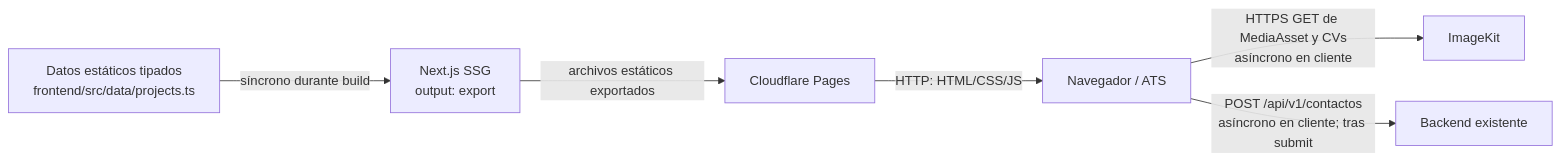
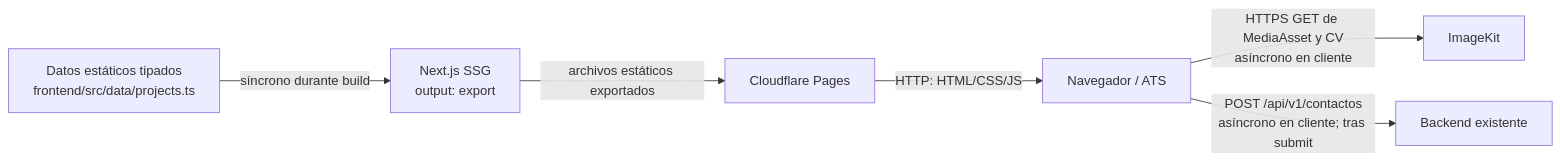
One commit to Alberto-Zompantzi/Portfolio changed the diagram in docs/architecture/ARCHITECTURE.md. Above: the diagram before and after it, drawn with Mermaid. The commit also changed other lines of this file and 6 other files, not shown here.

````diff
--- a/docs/architecture/ARCHITECTURE.md
+++ b/docs/architecture/ARCHITECTURE.md
@@ -13,8 +13,8 @@
 ```mermaid
 flowchart LR
   D["Datos estáticos tipados<br/>frontend/src/data/projects.ts"] -->|"síncrono durante build"| N["Next.js SSG<br/>output: export"]
   N -->|"archivos estáticos exportados"| P["Cloudflare Pages"]
   P -->|"HTTP: HTML/CSS/JS"| U["Navegador / ATS"]
-  U -->|"HTTPS GET de MediaAsset y CVs<br/>asíncrono en cliente"| I["ImageKit"]
+  U -->|"HTTPS GET de MediaAsset y CV<br/>asíncrono en cliente"| I["ImageKit"]
   U -->|"POST /api/v1/contactos<br/>asíncrono en cliente; tras submit"| B["Backend existente"]
 ```
````
